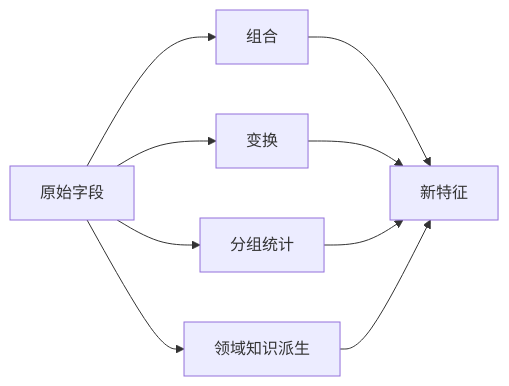
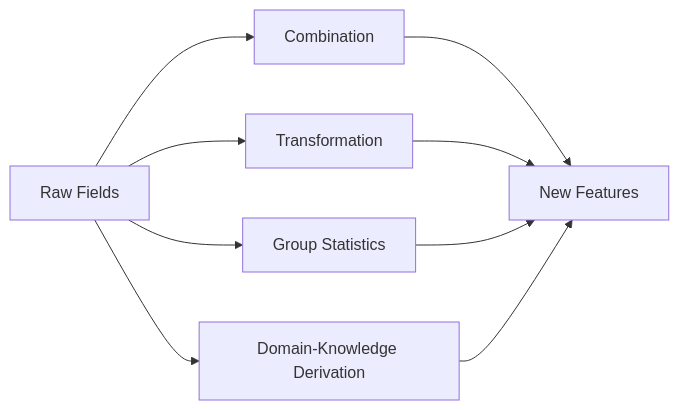
One commit to oudbiao/AI-fullstack-course changed the diagram in docs/ch05-machine-learning/ch05-feature-engineering/03-feature-construction.md. Above: the diagram before and after it, drawn with Mermaid. The commit also changed other lines of this file and 1406 other files, not shown here.

````diff
--- a/docs/ch05-machine-learning/ch05-feature-engineering/03-feature-construction.md
+++ b/docs/ch05-machine-learning/ch05-feature-engineering/03-feature-construction.md
@@ -31,11 +31,11 @@
 ```mermaid
 flowchart LR
-    A["原始字段"] --> B["组合"]
-    A --> C["变换"]
-    A --> D["分组统计"]
-    A --> E["领域知识派生"]
-    B --> F["新特征"]
+    A["Raw Fields"] --> B["Combination"]
+    A --> C["Transformation"]
+    A --> D["Group Statistics"]
+    A --> E["Domain-Knowledge Derivation"]
+    B --> F["New Features"]
     C --> F
     D --> F
     E --> F
 ```
````
